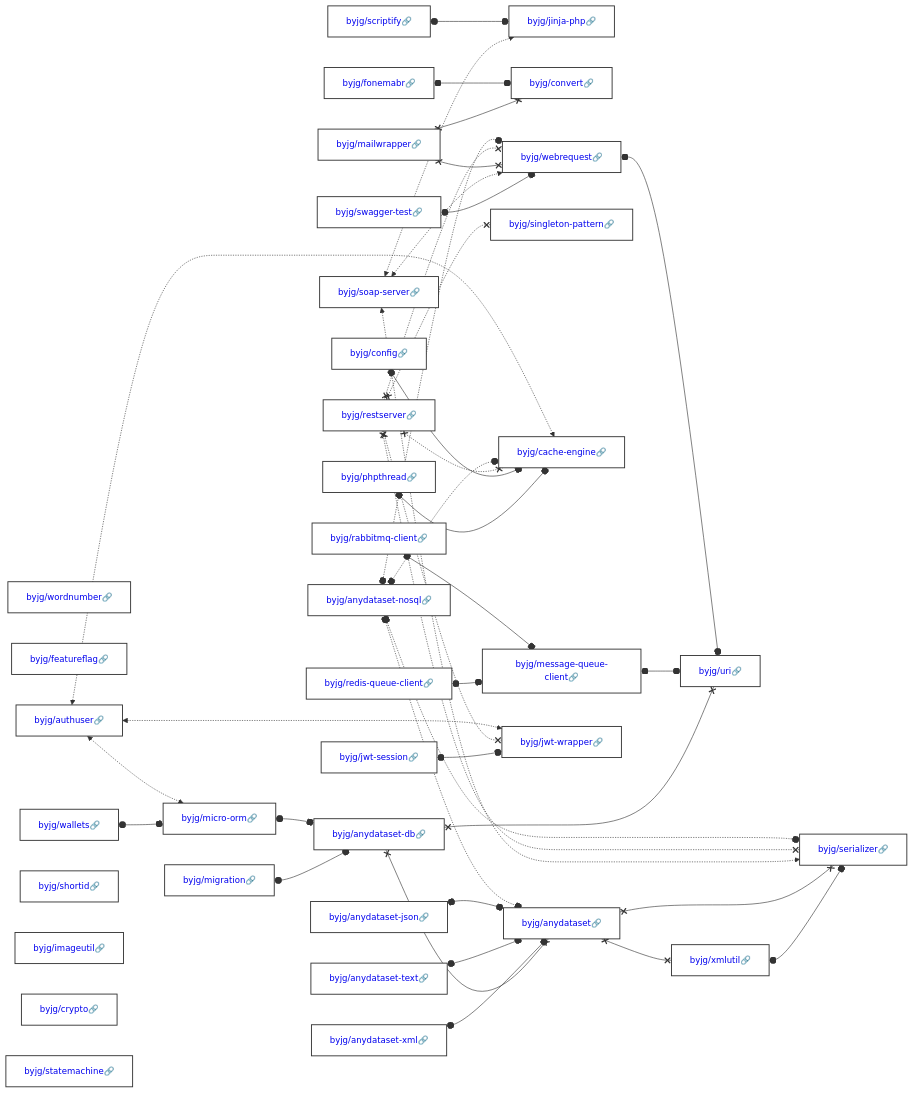
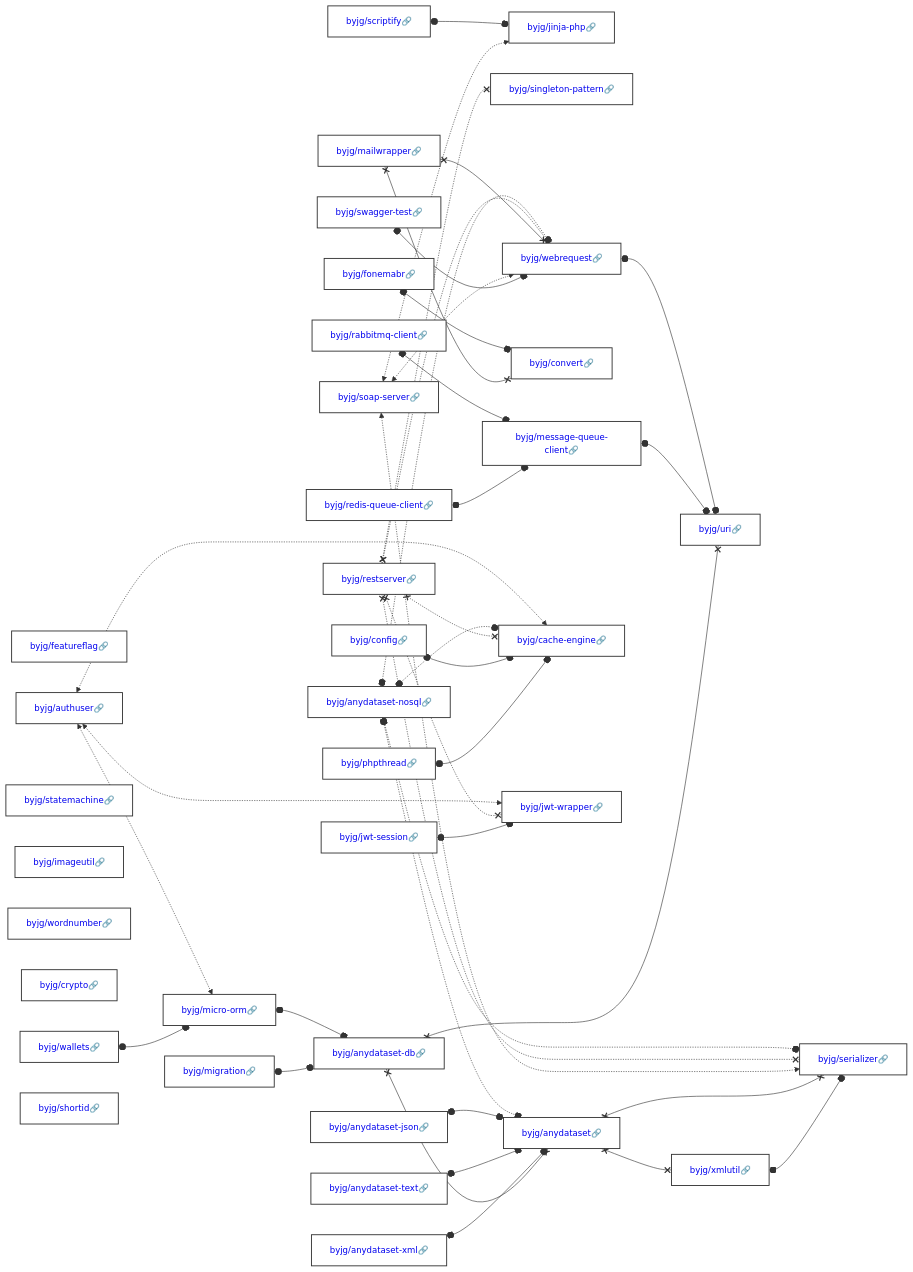
One commit to byjg/byjg.github.io changed the diagram in docs/php/README.md. Above: the diagram before and after it, drawn with Mermaid. The commit also changed other lines of this file and 1 other file, not shown here.

Commit message:
Update documentation 'php' 'php-serializer'

````diff
--- a/docs/php/README.md
+++ b/docs/php/README.md
@@ -3,36 +3,36 @@
 ```mermaid
 graph LR;
   byjg/anydataset-text[<a href='https://opensource.byjg.com/docs/php/anydataset-text' style='text-decoration:none'>byjg/anydataset-text🔗</a>];
+  byjg/anydataset-nosql[<a href='https://opensource.byjg.com/docs/php/anydataset-nosql' style='text-decoration:none'>byjg/anydataset-nosql🔗</a>];
+  byjg/soap-server[<a href='https://opensource.byjg.com/docs/php/soap-server' style='text-decoration:none'>byjg/soap-server🔗</a>];
+  byjg/scriptify[<a href='https://opensource.byjg.com/docs/php/scriptify' style='text-decoration:none'>byjg/scriptify🔗</a>];
+  byjg/anydataset-xml[<a href='https://opensource.byjg.com/docs/php/anydataset-xml' style='text-decoration:none'>byjg/anydataset-xml🔗</a>];
+  byjg/featureflag[<a href='https://opensource.byjg.com/docs/php/featureflag' style='text-decoration:none'>byjg/featureflag🔗</a>];
+  byjg/wallets[<a href='https://opensource.byjg.com/docs/php/wallets' style='text-decoration:none'>byjg/wallets🔗</a>];
+  byjg/redis-queue-client[<a href='https://opensource.byjg.com/docs/php/redis-queue-client' style='text-decoration:none'>byjg/redis-queue-client🔗</a>];
+  byjg/restserver[<a href='https://opensource.byjg.com/docs/php/restserver' style='text-decoration:none'>byjg/restserver🔗</a>];
+  byjg/rabbitmq-client[<a href='https://opensource.byjg.com/docs/php/rabbitmq-client' style='text-decoration:none'>byjg/rabbitmq-client🔗</a>];
+  byjg/phpthread[<a href='https://opensource.byjg.com/docs/php/phpthread' style='text-decoration:none'>byjg/phpthread🔗</a>];
+  byjg/fonemabr[<a href='https://opensource.byjg.com/docs/php/fonemabr' style='text-decoration:none'>byjg/fonemabr🔗</a>];
+  byjg/migration[<a href='https://opensource.byjg.com/docs/php/migration' style='text-decoration:none'>byjg/migration🔗</a>];
+  byjg/statemachine[<a href='https://opensource.byjg.com/docs/php/statemachine' style='text-decoration:none'>byjg/statemachine🔗</a>];
+  byjg/imageutil[<a href='https://opensource.byjg.com/docs/php/imageutil' style='text-decoration:none'>byjg/imageutil🔗</a>];
+  byjg/swagger-test[<a href='https://opensource.byjg.com/docs/php/swagger-test' style='text-decoration:none'>byjg/swagger-test🔗</a>];
+  byjg/jwt-session[<a href='https://opensource.byjg.com/docs/php/jwt-session' style='text-decoration:none'>byjg/jwt-session🔗</a>];
+  byjg/config[<a href='https://opensource.byjg.com/docs/php/config' style='text-decoration:none'>byjg/config🔗</a>];
+  byjg/anydataset-json[<a href='https://opensource.byjg.com/docs/php/anydataset-json' style='text-decoration:none'>byjg/anydataset-json🔗</a>];
   byjg/wordnumber[<a href='https://opensource.byjg.com/docs/php/wordnumber' style='text-decoration:none'>byjg/wordnumber🔗</a>];
-  byjg/scriptify[<a href='https://opensource.byjg.com/docs/php/scriptify' style='text-decoration:none'>byjg/scriptify🔗</a>];
-  byjg/soap-server[<a href='https://opensource.byjg.com/docs/php/soap-server' style='text-decoration:none'>byjg/soap-server🔗</a>];
-  byjg/anydataset-nosql[<a href='https://opensource.byjg.com/docs/php/anydataset-nosql' style='text-decoration:none'>byjg/anydataset-nosql🔗</a>];
-  byjg/featureflag[<a href='https://opensource.byjg.com/docs/php/featureflag' style='text-decoration:none'>byjg/featureflag🔗</a>];
-  byjg/redis-queue-client[<a href='https://opensource.byjg.com/docs/php/redis-queue-client' style='text-decoration:none'>byjg/redis-queue-client🔗</a>];
-  byjg/wallets[<a href='https://opensource.byjg.com/docs/php/wallets' style='text-decoration:none'>byjg/wallets🔗</a>];
-  byjg/jwt-session[<a href='https://opensource.byjg.com/docs/php/jwt-session' style='text-decoration:none'>byjg/jwt-session🔗</a>];
-  byjg/fonemabr[<a href='https://opensource.byjg.com/docs/php/fonemabr' style='text-decoration:none'>byjg/fonemabr🔗</a>];
-  byjg/anydataset-xml[<a href='https://opensource.byjg.com/docs/php/anydataset-xml' style='text-decoration:none'>byjg/anydataset-xml🔗</a>];
-  byjg/phpthread[<a href='https://opensource.byjg.com/docs/php/phpthread' style='text-decoration:none'>byjg/phpthread🔗</a>];
-  byjg/config[<a href='https://opensource.byjg.com/docs/php/config' style='text-decoration:none'>byjg/config🔗</a>];
-  byjg/migration[<a href='https://opensource.byjg.com/docs/php/migration' style='text-decoration:none'>byjg/migration🔗</a>];
+  byjg/crypto[<a href='https://opensource.byjg.com/docs/php/crypto' style='text-decoration:none'>byjg/crypto🔗</a>];
+  byjg/mailwrapper[<a href='https://opensource.byjg.com/docs/php/mailwrapper' style='text-decoration:none'>byjg/mailwrapper🔗</a>];
   byjg/authuser[<a href='https://opensource.byjg.com/docs/php/authuser' style='text-decoration:none'>byjg/authuser🔗</a>];
   byjg/shortid[<a href='https://opensource.byjg.com/docs/php/shortid' style='text-decoration:none'>byjg/shortid🔗</a>];
-  byjg/imageutil[<a href='https://opensource.byjg.com/docs/php/imageutil' style='text-decoration:none'>byjg/imageutil🔗</a>];
-  byjg/swagger-test[<a href='https://opensource.byjg.com/docs/php/swagger-test' style='text-decoration:none'>byjg/swagger-test🔗</a>];
-  byjg/crypto[<a href='https://opensource.byjg.com/docs/php/crypto' style='text-decoration:none'>byjg/crypto🔗</a>];
-  byjg/mailwrapper[<a href='https://opensource.byjg.com/docs/php/mailwrapper' style='text-decoration:none'>byjg/mailwrapper🔗</a>];
-  byjg/statemachine[<a href='https://opensource.byjg.com/docs/php/statemachine' style='text-decoration:none'>byjg/statemachine🔗</a>];
-  byjg/anydataset-json[<a href='https://opensource.byjg.com/docs/php/anydataset-json' style='text-decoration:none'>byjg/anydataset-json🔗</a>];
-  byjg/rabbitmq-client[<a href='https://opensource.byjg.com/docs/php/rabbitmq-client' style='text-decoration:none'>byjg/rabbitmq-client🔗</a>];
-  byjg/restserver[<a href='https://opensource.byjg.com/docs/php/restserver' style='text-decoration:none'>byjg/restserver🔗</a>];
   byjg/jinja-php[<a href='https://opensource.byjg.com/docs/php/jinja-php' style='text-decoration:none'>byjg/jinja-php🔗</a>];
+  byjg/singleton-pattern[<a href='https://opensource.byjg.com/docs/php/singleton-pattern' style='text-decoration:none'>byjg/singleton-pattern🔗</a>];
+  byjg/message-queue-client[<a href='https://opensource.byjg.com/docs/php/message-queue-client' style='text-decoration:none'>byjg/message-queue-client🔗</a>];
+  byjg/convert[<a href='https://opensource.byjg.com/docs/php/convert' style='text-decoration:none'>byjg/convert🔗</a>];
+  byjg/webrequest[<a href='https://opensource.byjg.com/docs/php/webrequest' style='text-decoration:none'>byjg/webrequest🔗</a>];
   byjg/micro-orm[<a href='https://opensource.byjg.com/docs/php/micro-orm' style='text-decoration:none'>byjg/micro-orm🔗</a>];
-  byjg/convert[<a href='https://opensource.byjg.com/docs/php/convert' style='text-decoration:none'>byjg/convert🔗</a>];
-  byjg/message-queue-client[<a href='https://opensource.byjg.com/docs/php/message-queue-client' style='text-decoration:none'>byjg/message-queue-client🔗</a>];
-  byjg/singleton-pattern[<a href='https://opensource.byjg.com/docs/php/singleton-pattern' style='text-decoration:none'>byjg/singleton-pattern🔗</a>];
   byjg/cache-engine[<a href='https://opensource.byjg.com/docs/php/cache-engine' style='text-decoration:none'>byjg/cache-engine🔗</a>];
-  byjg/webrequest[<a href='https://opensource.byjg.com/docs/php/webrequest' style='text-decoration:none'>byjg/webrequest🔗</a>];
   byjg/jwt-wrapper[<a href='https://opensource.byjg.com/docs/php/jwt-wrapper' style='text-decoration:none'>byjg/jwt-wrapper🔗</a>];
   byjg/anydataset-db[<a href='https://opensource.byjg.com/docs/php/anydataset-db' style='text-decoration:none'>byjg/anydataset-db🔗</a>];
   byjg/anydataset[<a href='https://opensource.byjg.com/docs/php/anydataset' style='text-decoration:none'>byjg/anydataset🔗</a>];
````
